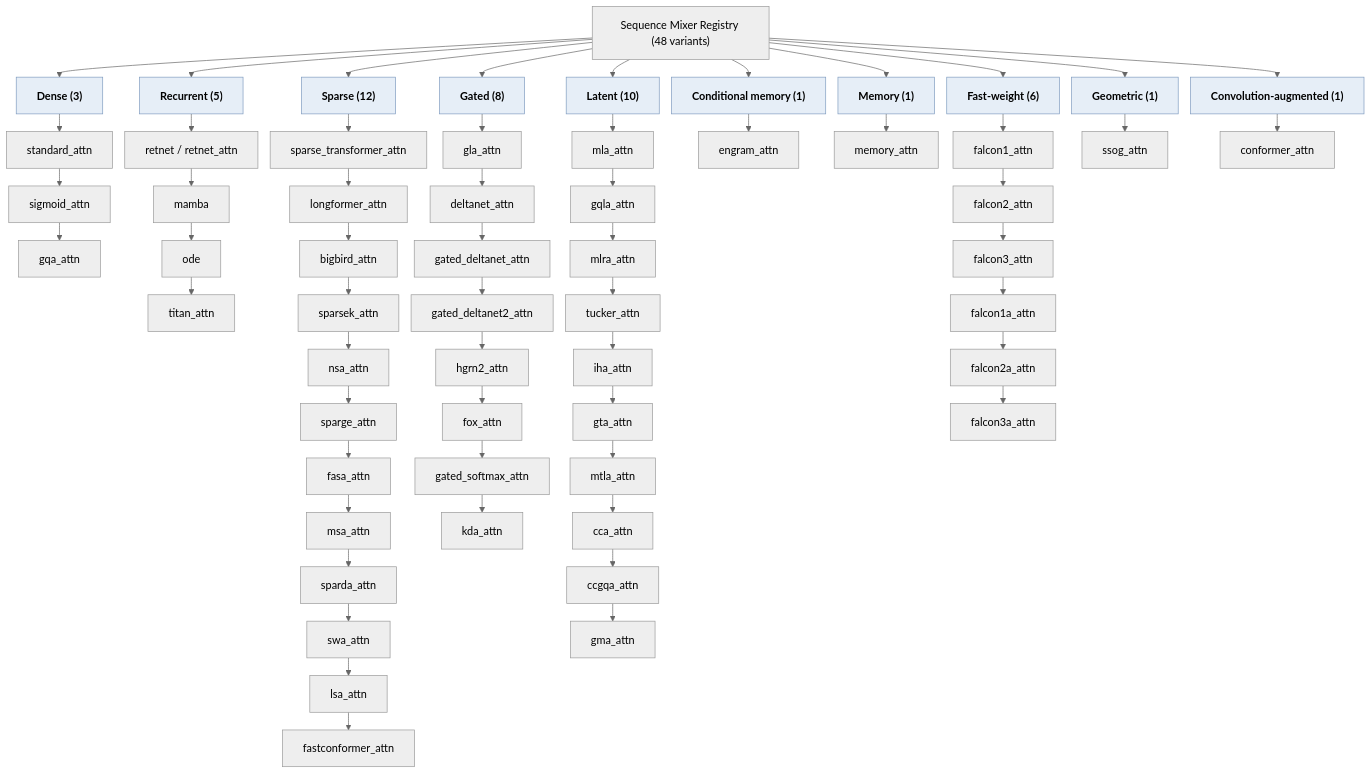
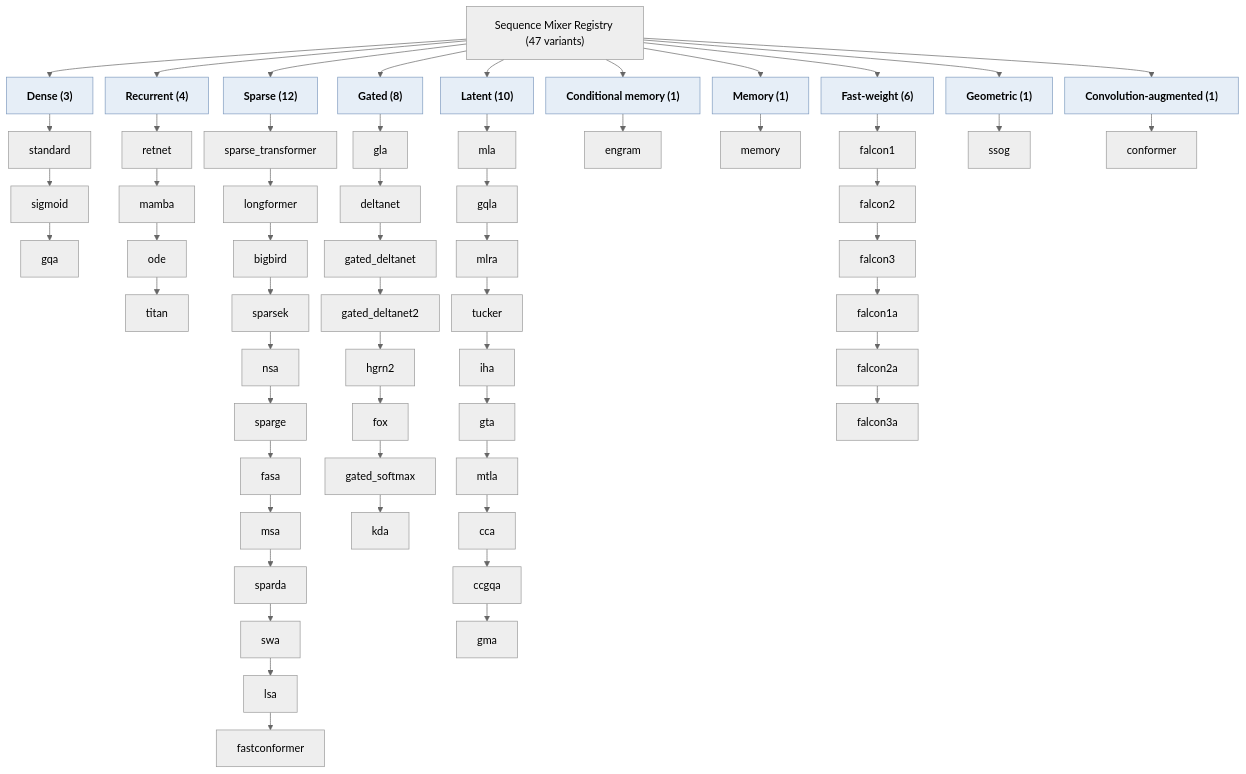
One commit to erickfmm/frankenstein-transformer changed the diagram in docs/paper/figures/mixer-taxonomy.mmd. Above: the diagram before and after it, drawn with Mermaid. The commit also changed 437 other files, not shown here.

```diff
--- a/docs/paper/figures/mixer-taxonomy.mmd
+++ b/docs/paper/figures/mixer-taxonomy.mmd
@@ -1,37 +1,37 @@
 %%{init: {"theme":"neutral","flowchart":{"curve":"basis","nodeSpacing":18,"rankSpacing":26}}}%%
 flowchart TD
-  root["Sequence Mixer Registry (48 variants)"]
+  root["Sequence Mixer Registry (47 variants)"]
 
-  d["Dense (3)"] --> d1["standard_attn"] --> d2["sigmoid_attn"] --> d3["gqa_attn"]
+  d["Dense (3)"] --> d1["standard"] --> d2["sigmoid"] --> d3["gqa"]
 
-  r["Recurrent (5)"] --> r1["retnet / retnet_attn"] --> r2["mamba"] --> r3["ode"] --> r4["titan_attn"]
+  r["Recurrent (4)"] --> r1["retnet"] --> r2["mamba"] --> r3["ode"] --> r4["titan"]
 
-  s["Sparse (12)"] --> s1["sparse_transformer_attn"] --> s2["longformer_attn"] --> s3["bigbird_attn"] --> s4["sparsek_attn"] --> s5["nsa_attn"] --> s6["sparge_attn"] --> s7["fasa_attn"] --> s8["msa_attn"] --> s9["sparda_attn"] --> s10["swa_attn"] --> s11["lsa_attn"] --> s12["fastconformer_attn"]
+  s["Sparse (12)"] --> s1["sparse_transformer"] --> s2["longformer"] --> s3["bigbird"] --> s4["sparsek"] --> s5["nsa"] --> s6["sparge"] --> s7["fasa"] --> s8["msa"] --> s9["sparda"] --> s10["swa"] --> s11["lsa"] --> s12["fastconformer"]
 
-  g["Gated (8)"] --> g1["gla_attn"] --> g2["deltanet_attn"] --> g3["gated_deltanet_attn"] --> g4["gated_deltanet2_attn"] --> g5["hgrn2_attn"] --> g6["fox_attn"] --> g7["gated_softmax_attn"] --> g8["kda_attn"]
+  g["Gated (8)"] --> g1["gla"] --> g2["deltanet"] --> g3["gated_deltanet"] --> g4["gated_deltanet2"] --> g5["hgrn2"] --> g6["fox"] --> g7["gated_softmax"] --> g8["kda"]
 
-  l["Latent (10)"] --> l1["mla_attn"] --> l2["gqla_attn"] --> l3["mlra_attn"] --> l4["tucker_attn"] --> l5["iha_attn"] --> l6["gta_attn"] --> l7["mtla_attn"] --> l8["cca_attn"] --> l9["ccgqa_attn"] --> l10["gma_attn"]
+  l["Latent (10)"] --> l1["mla"] --> l2["gqla"] --> l3["mlra"] --> l4["tucker"] --> l5["iha"] --> l6["gta"] --> l7["mtla"] --> l8["cca"] --> l9["ccgqa"] --> l10["gma"]
 
-  m["Conditional memory (1)"] --> m1["engram_attn"]
+  m["Conditional memory (1)"] --> m1["engram"]
 
-  mm["Memory (1)"] --> mm1["memory_attn"]
+  mm["Memory (1)"] --> mm1["memory"]
 
-  f["Fast-weight (6)"] --> f1["falcon1_attn"] --> f2["falcon2_attn"] --> f3["falcon3_attn"] --> f4["falcon1a_attn"] --> f5["falcon2a_attn"] --> f6["falcon3a_attn"]
+  f["Fast-weight (6)"] --> f1["falcon1"] --> f2["falcon2"] --> f3["falcon3"] --> f4["falcon1a"] --> f5["falcon2a"] --> f6["falcon3a"]
 
-  x["Geometric (1)"] --> x1["ssog_attn"]
+  x["Geometric (1)"] --> x1["ssog"]
 
-  c["Convolution-augmented (1)"] --> c1["conformer_attn"]
+  c["Convolution-augmented (1)"] --> c1["conformer"]
 
   root --> d
   root --> r
   root --> s
   root --> g
   root --> l
   root --> m
   root --> mm
   root --> f
   root --> x
   root --> c
 
   classDef category fill:#e6eef7,stroke:#7f9bbf,font-weight:bold
   class d,r,s,g,l,m,mm,f,x,c category
```
